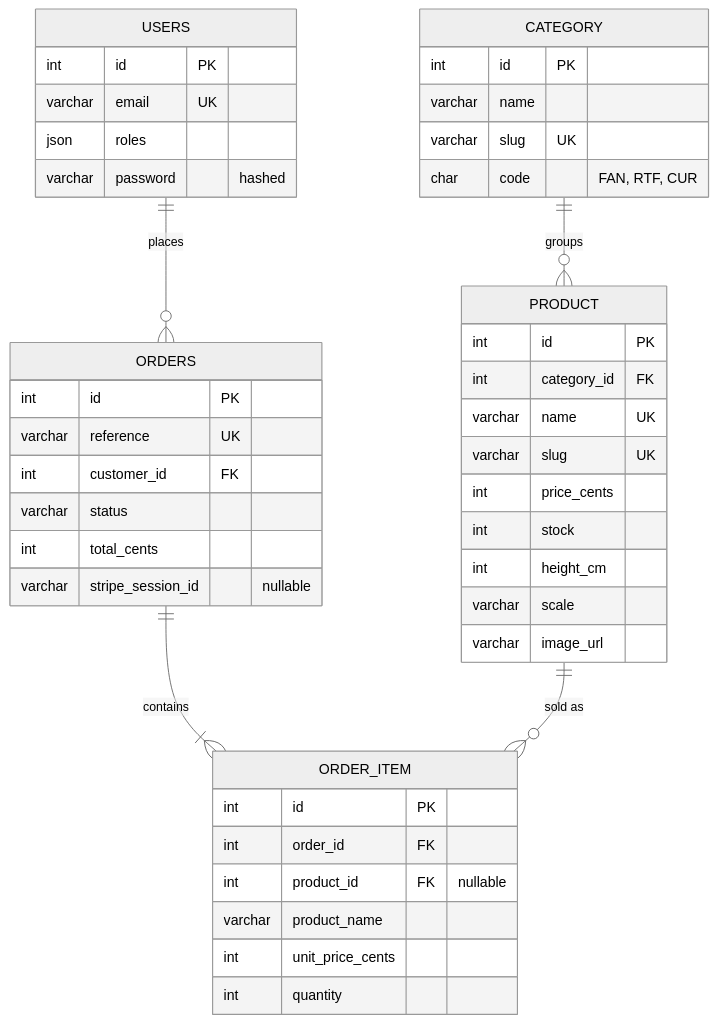
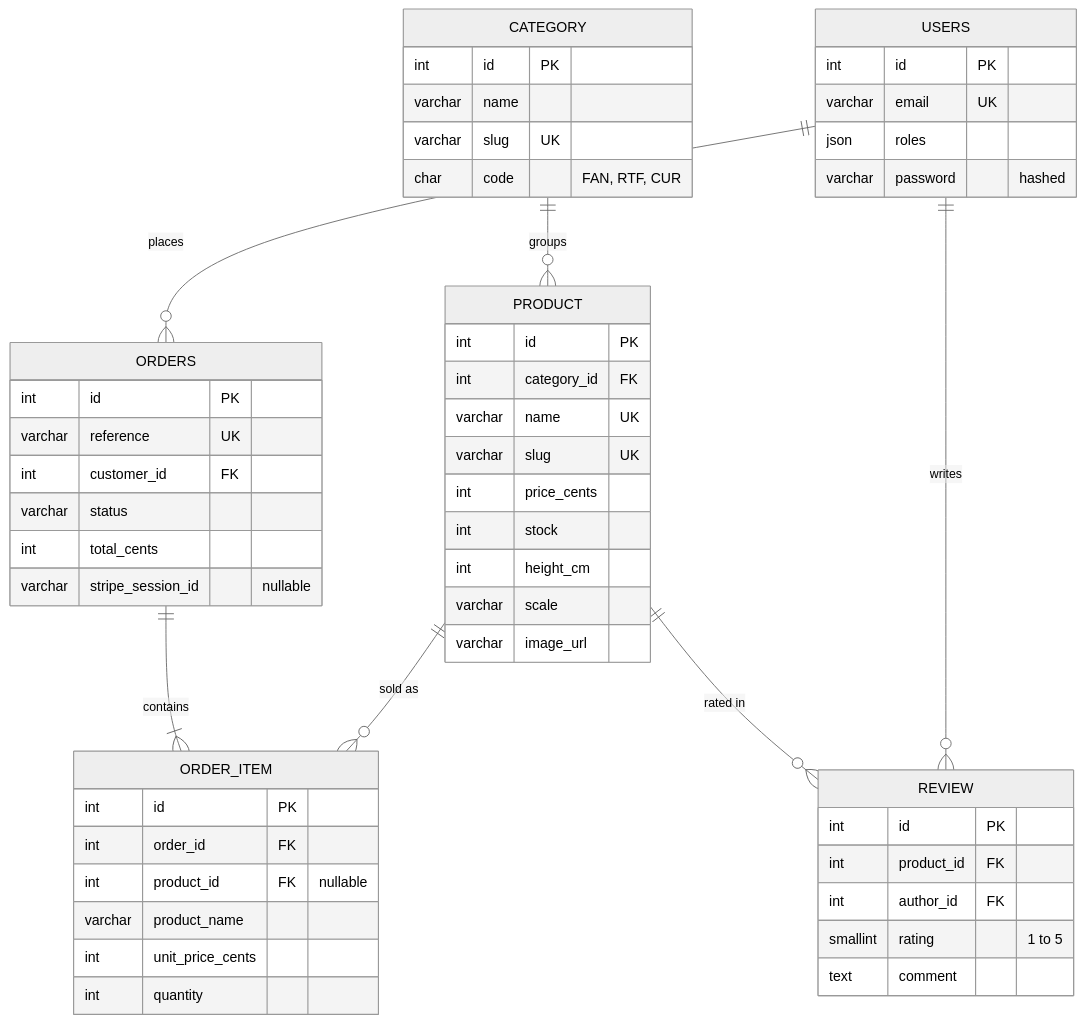
One commit to puremax-lab/Figurama changed the diagram in README.md. Above: the diagram before and after it, drawn with Mermaid (neutral theme). The commit also changed other lines of this file and 26 other files, not shown here.

````diff
--- a/README.md
+++ b/README.md
@@ -59,47 +63,56 @@
 ```mermaid
 erDiagram
     CATEGORY ||--o{ PRODUCT : "groups"
     USERS ||--o{ ORDERS : "places"
     ORDERS ||--|{ ORDER_ITEM : "contains"
     PRODUCT ||--o{ ORDER_ITEM : "sold as"
+    PRODUCT ||--o{ REVIEW : "rated in"
+    USERS ||--o{ REVIEW : "writes"
 
     CATEGORY {
         int id PK
         varchar name
         varchar slug UK
         char code "FAN, RTF, CUR"
     }
     PRODUCT {
         int id PK
         int category_id FK
         varchar name UK
         varchar slug UK
         int price_cents
         int stock
         int height_cm
         varchar scale
         varchar image_url
     }
     USERS {
         int id PK
         varchar email UK
         json roles
         varchar password "hashed"
     }
     ORDERS {
         int id PK
         varchar reference UK
         int customer_id FK
         varchar status
         int total_cents
         varchar stripe_session_id "nullable"
     }
+    REVIEW {
+        int id PK
+        int product_id FK
+        int author_id FK
+        smallint rating "1 to 5"
+        text comment
+    }
     ORDER_ITEM {
         int id PK
         int order_id FK
         int product_id FK "nullable"
         varchar product_name
         int unit_price_cents
         int quantity
     }
 ```
````
